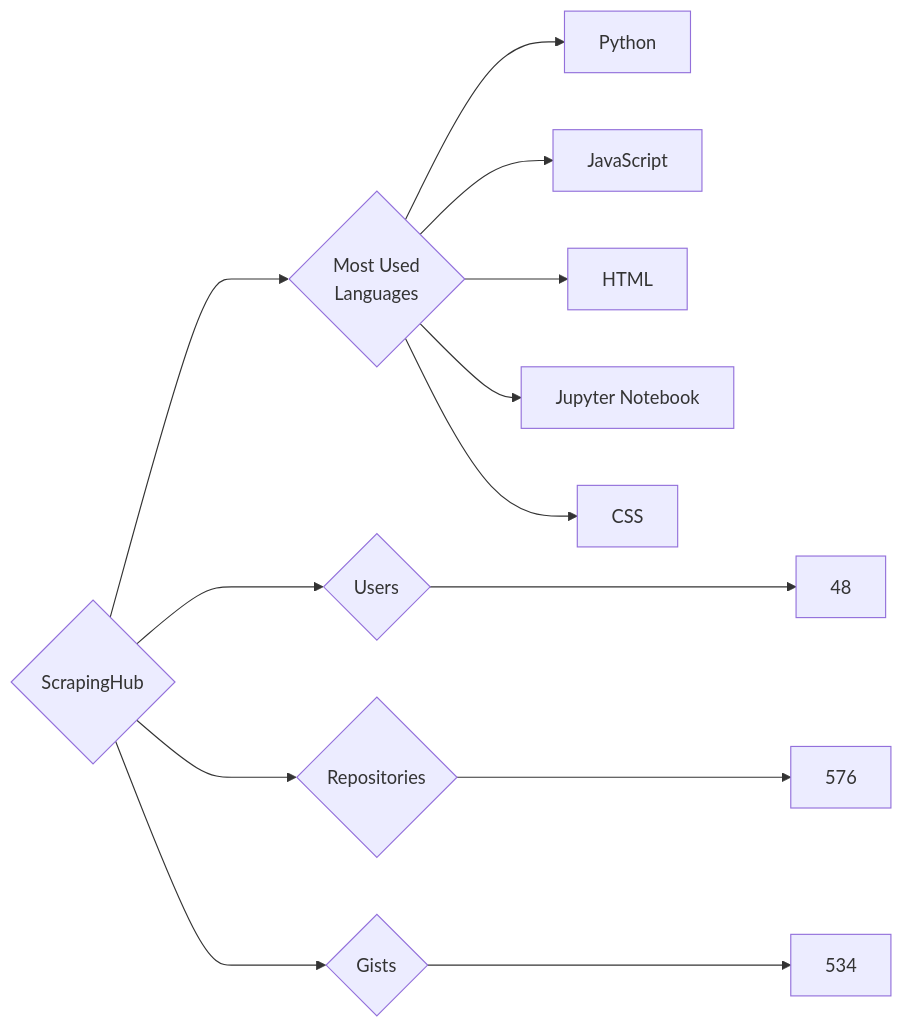
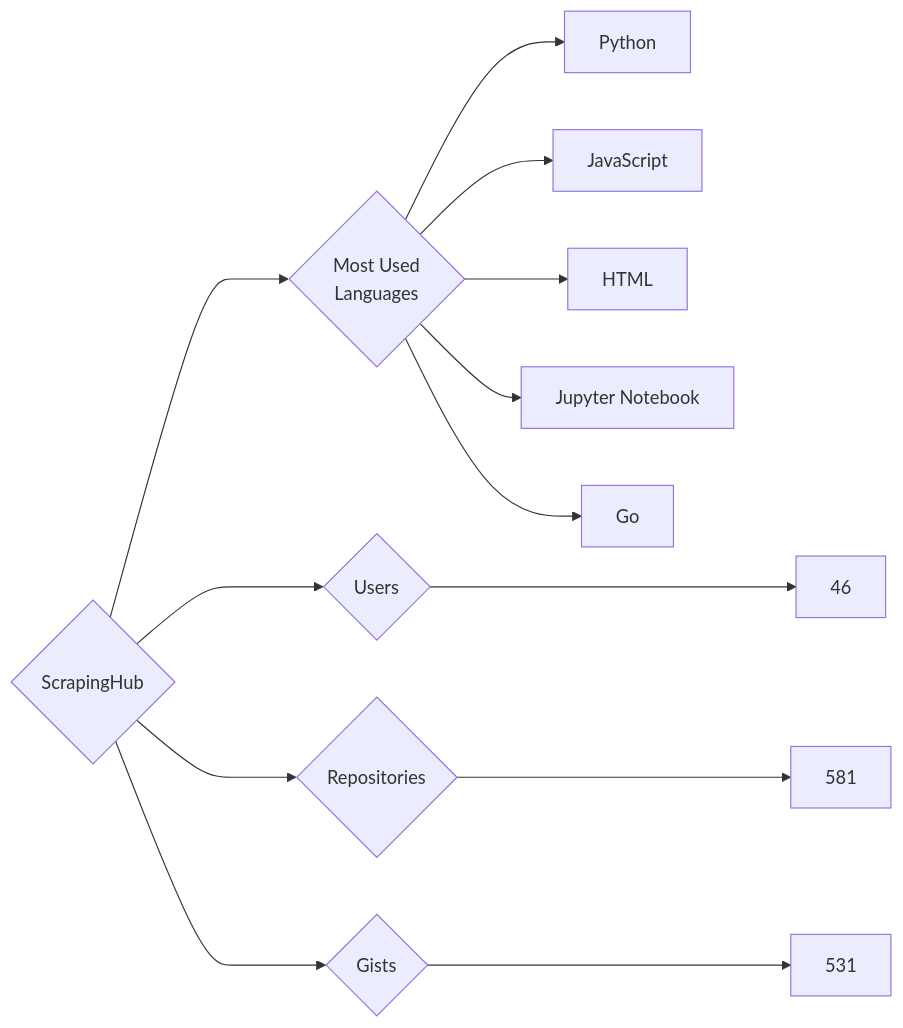
One commit to trickest/insiders changed the diagram in targets/ScrapingHub/README.md. Above: the diagram before and after it, drawn with Mermaid. The commit also changed 912 other files, not shown here.

````diff
--- a/targets/ScrapingHub/README.md
+++ b/targets/ScrapingHub/README.md
@@ -3,13 +3,13 @@
 ```mermaid
 graph LR
 COMPANY_NAME{ScrapingHub}
-COMPANY_NAME ---> U{Users} ---> UN[48]
-COMPANY_NAME ---> R{Repositories} ---> RN[576]
-COMPANY_NAME ---> G{Gists} ---> GN[534]
+COMPANY_NAME ---> U{Users} ---> UN[46]
+COMPANY_NAME ---> R{Repositories} ---> RN[581]
+COMPANY_NAME ---> G{Gists} ---> GN[531]
 COMPANY_NAME ---> ML{Most Used<br>Languages}
 ML --> Python[Python]
 ML --> JavaScript[JavaScript]
 ML --> HTML[HTML]
 ML --> Jupyter_Notebook[Jupyter Notebook]
-ML --> CSS[CSS]
+ML --> Go[Go]
 ```
````
